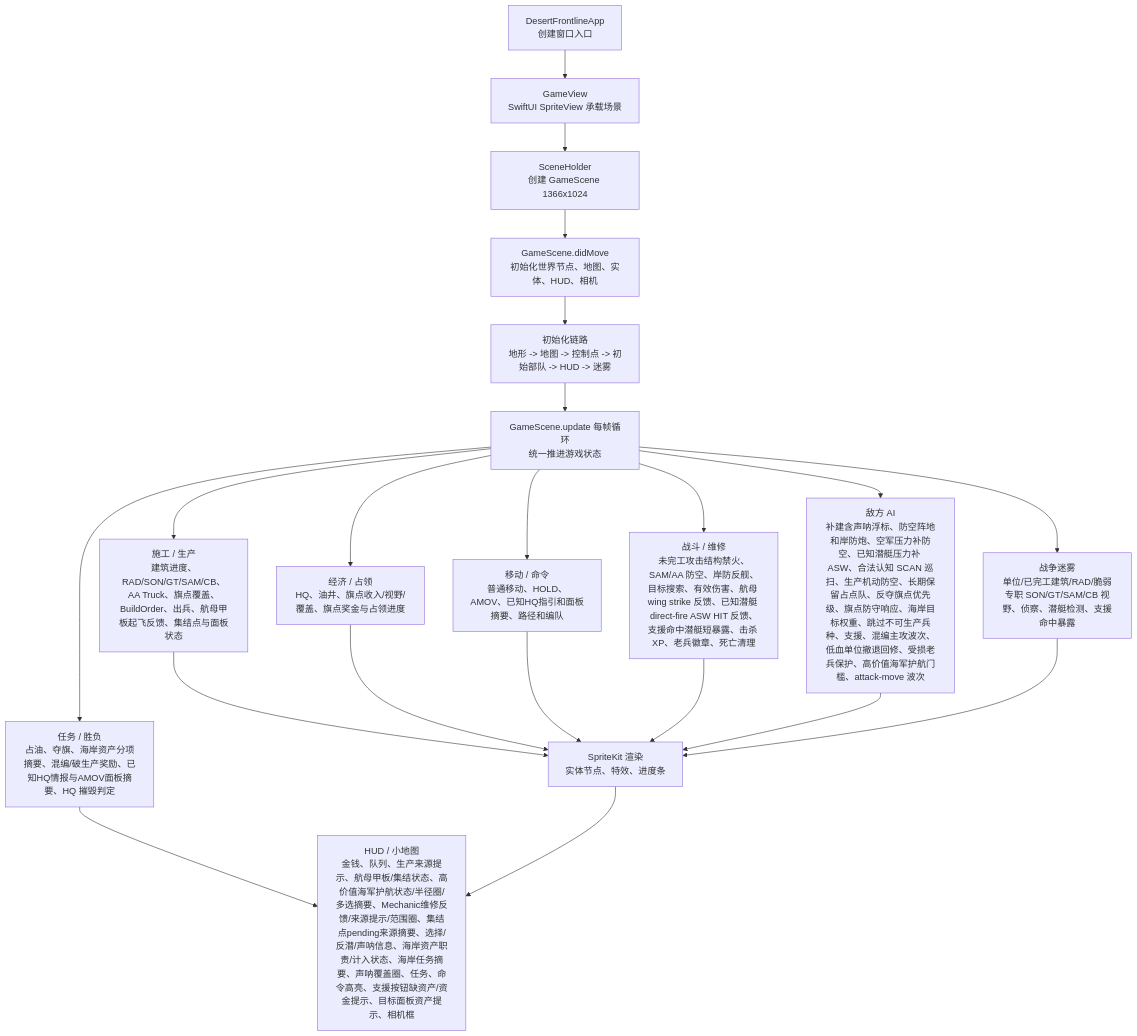
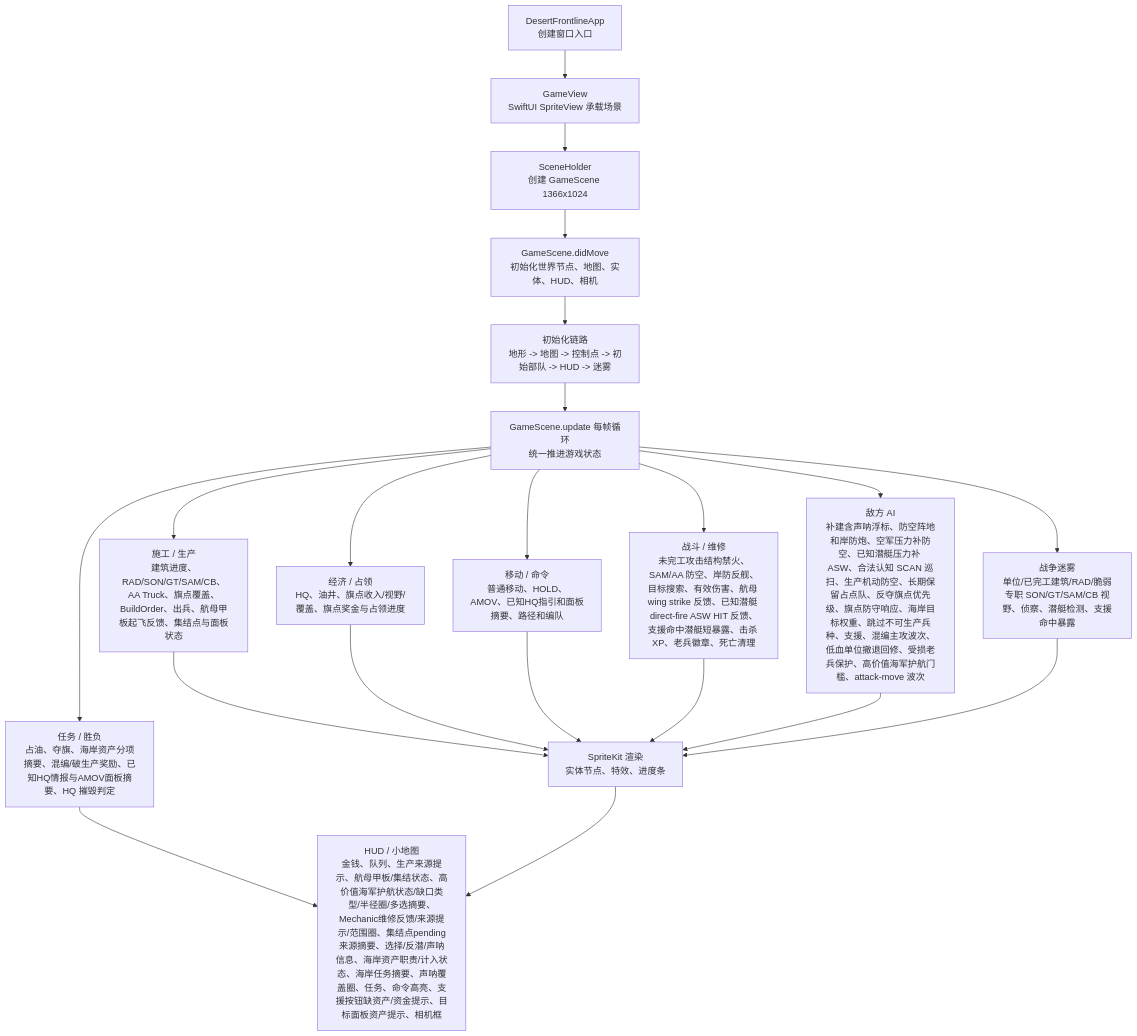
Before and after one commit to Altman-sam114/1145: the first of 3 diagrams in md/flow/flowchart.md, drawn with Mermaid. The commit also changed 4 other files, not shown here.

````diff
--- a/md/flow/flowchart.md
+++ b/md/flow/flowchart.md
@@ -9,23 +9,23 @@
 ```mermaid
 flowchart TD
   App["DesertFrontlineApp\n创建窗口入口"] --> View["GameView\nSwiftUI SpriteView 承载场景"]
   View --> Holder["SceneHolder\n创建 GameScene 1366x1024"]
   Holder --> Scene["GameScene.didMove\n初始化世界节点、地图、实体、HUD、相机"]
   Scene --> Init["初始化链路\n地形 -> 地图 -> 控制点 -> 初始部队 -> HUD -> 迷雾"]
   Init --> Loop["GameScene.update 每帧循环\n统一推进游戏状态"]
   Loop --> Build["施工 / 生产\n建筑进度、RAD/SON/GT/SAM/CB、AA Truck、旗点覆盖、BuildOrder、出兵、航母甲板起飞反馈、集结点与面板状态"]
   Loop --> Economy["经济 / 占领\nHQ、油井、旗点收入/视野/覆盖、旗点奖金与占领进度"]
   Loop --> Commands["移动 / 命令\n普通移动、HOLD、AMOV、已知HQ指引和面板摘要、路径和编队"]
   Loop --> Combat["战斗 / 维修\n未完工攻击结构禁火、SAM/AA 防空、岸防反舰、目标搜索、有效伤害、航母 wing strike 反馈、已知潜艇 direct-fire ASW HIT 反馈、支援命中潜艇短暴露、击杀 XP、老兵徽章、死亡清理"]
   Loop --> AI["敌方 AI\n补建含声呐浮标、防空阵地和岸防炮、空军压力补防空、已知潜艇压力补 ASW、合法认知 SCAN 巡扫、生产机动防空、长期保留占点队、反夺旗点优先级、旗点防守响应、海岸目标权重、跳过不可生产兵种、支援、混编主攻波次、低血单位撤退回修、受损老兵保护、高价值海军护航门槛、attack-move 波次"]
   Loop --> Fog["战争迷雾\n单位/已完工建筑/RAD/脆弱专职 SON/GT/SAM/CB 视野、侦察、潜艇检测、支援命中暴露"]
   Loop --> Mission["任务 / 胜负\n占油、夺旗、海岸资产分项摘要、混编/破生产奖励、已知HQ情报与AMOV面板摘要、HQ 摧毁判定"]
   Build --> Render["SpriteKit 渲染\n实体节点、特效、进度条"]
   Economy --> Render
   Commands --> Render
   Combat --> Render
   AI --> Render
   Fog --> Render
-  Mission --> HUD["HUD / 小地图\n金钱、队列、生产来源提示、航母甲板/集结状态、高价值海军护航状态/半径圈/多选摘要、Mechanic维修反馈/来源提示/范围圈、集结点pending来源摘要、选择/反潜/声呐信息、海岸资产职责/计入状态、海岸任务摘要、声呐覆盖圈、任务、命令高亮、支援按钮缺资产/资金提示、目标面板资产提示、相机框"]
+  Mission --> HUD["HUD / 小地图\n金钱、队列、生产来源提示、航母甲板/集结状态、高价值海军护航状态/缺口类型/半径圈/多选摘要、Mechanic维修反馈/来源提示/范围圈、集结点pending来源摘要、选择/反潜/声呐信息、海岸资产职责/计入状态、海岸任务摘要、声呐覆盖圈、任务、命令高亮、支援按钮缺资产/资金提示、目标面板资产提示、相机框"]
   Render --> HUD
 ```
````
